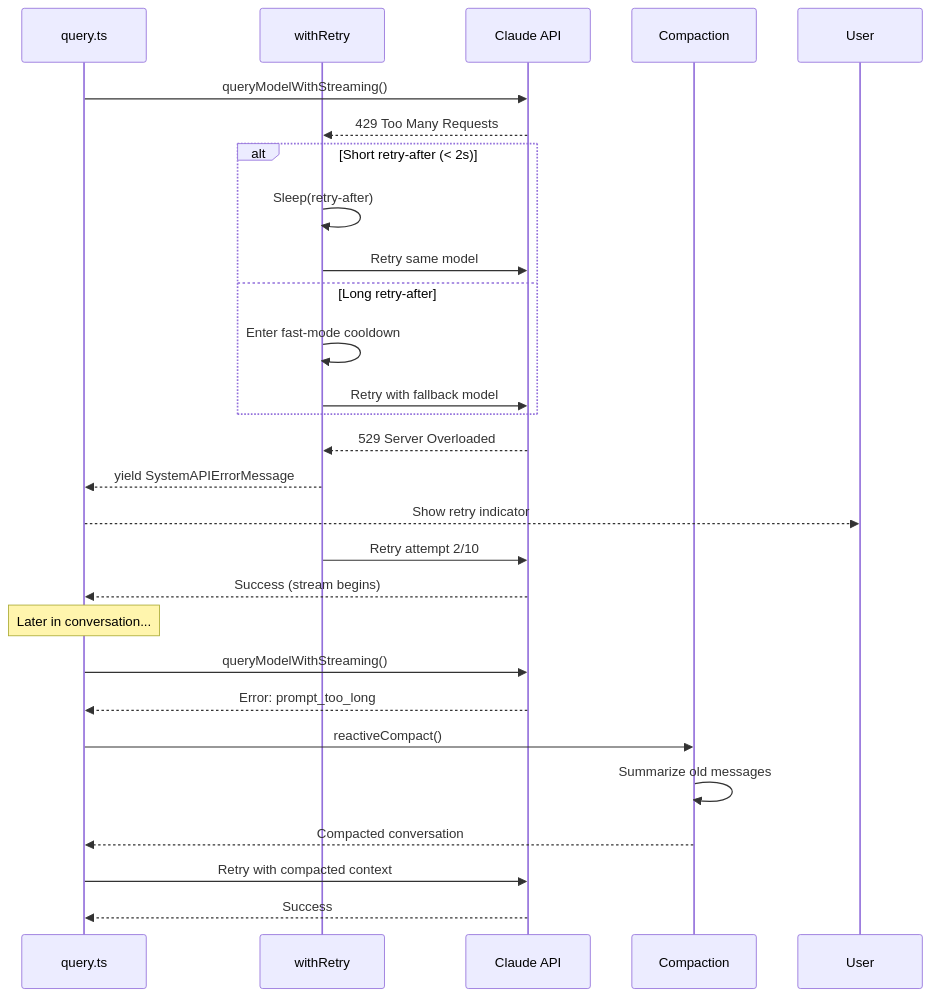
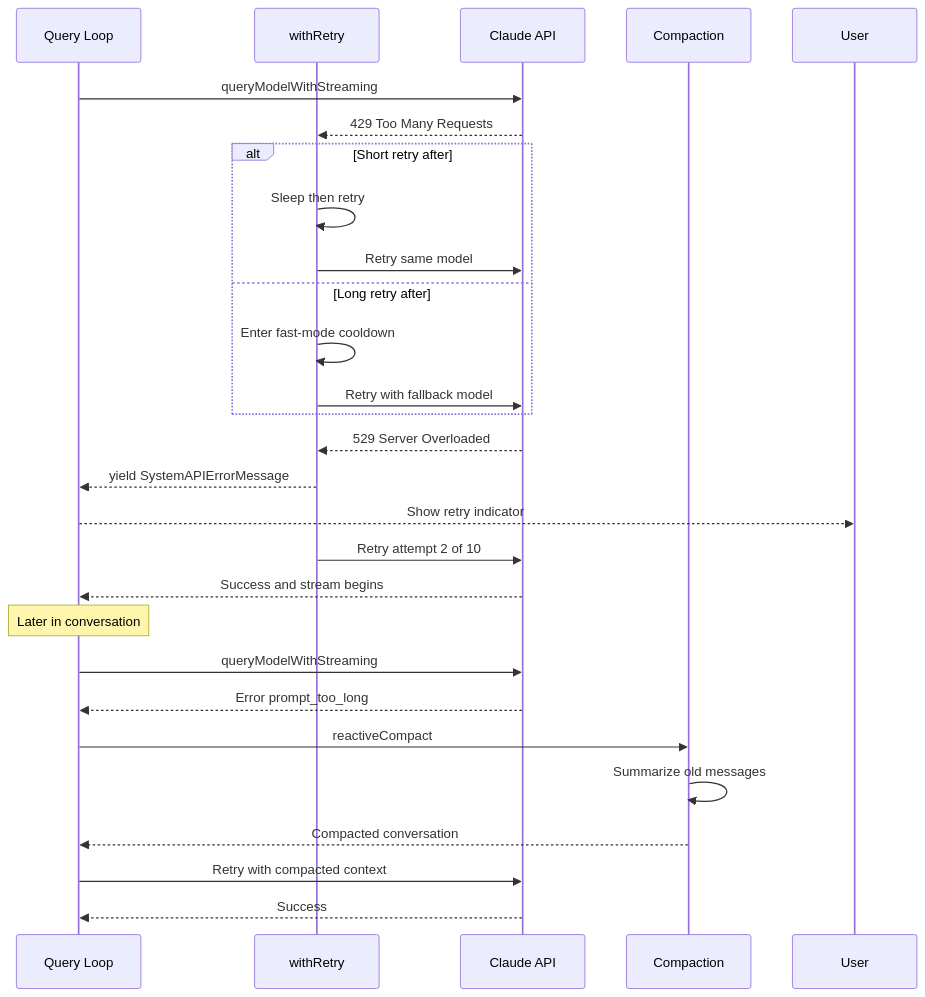
One commit to vitaszhang/opened-claude-code changed the second of 9 diagrams in docs/reverse-engineering/20260331/10-data-flow-and-state-machines.md. Above: the diagram before and after it, drawn with Mermaid. The commit also changed other lines of this file and 4 other files, not shown here.

Commit message:
fix mermaid brokens

````diff
--- a/docs/reverse-engineering/20260331/10-data-flow-and-state-machines.md
+++ b/docs/reverse-engineering/20260331/10-data-flow-and-state-machines.md
@@ -79,38 +78,38 @@
 ```mermaid
 sequenceDiagram
-    participant Query as query.ts
+    participant Query as Query Loop
     participant Retry as withRetry
     participant API as Claude API
     participant Compact as Compaction
     participant User as User
 
-    Query->>API: queryModelWithStreaming()
+    Query->>API: queryModelWithStreaming
     API-->>Retry: 429 Too Many Requests
 
-    alt Short retry-after (< 2s)
-        Retry->>Retry: Sleep(retry-after)
+    alt Short retry after
+        Retry->>Retry: Sleep then retry
         Retry->>API: Retry same model
-    else Long retry-after
+    else Long retry after
         Retry->>Retry: Enter fast-mode cooldown
         Retry->>API: Retry with fallback model
     end
 
     API-->>Retry: 529 Server Overloaded
     Retry-->>Query: yield SystemAPIErrorMessage
     Query-->>User: Show retry indicator
 
-    Retry->>API: Retry attempt 2/10
-    API-->>Query: Success (stream begins)
+    Retry->>API: Retry attempt 2 of 10
+    API-->>Query: Success and stream begins
 
-    Note over Query: Later in conversation...
+    Note over Query: Later in conversation
 
-    Query->>API: queryModelWithStreaming()
-    API-->>Query: Error: prompt_too_long
+    Query->>API: queryModelWithStreaming
+    API-->>Query: Error prompt_too_long
 
-    Query->>Compact: reactiveCompact()
+    Query->>Compact: reactiveCompact
     Compact->>Compact: Summarize old messages
     Compact-->>Query: Compacted conversation
 
     Query->>API: Retry with compacted context
     API-->>Query: Success
 ```
````
